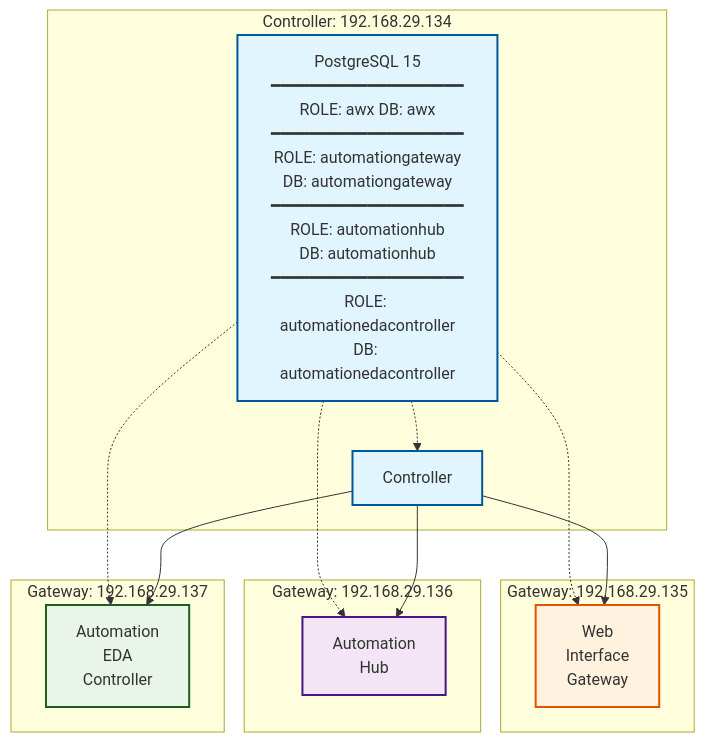
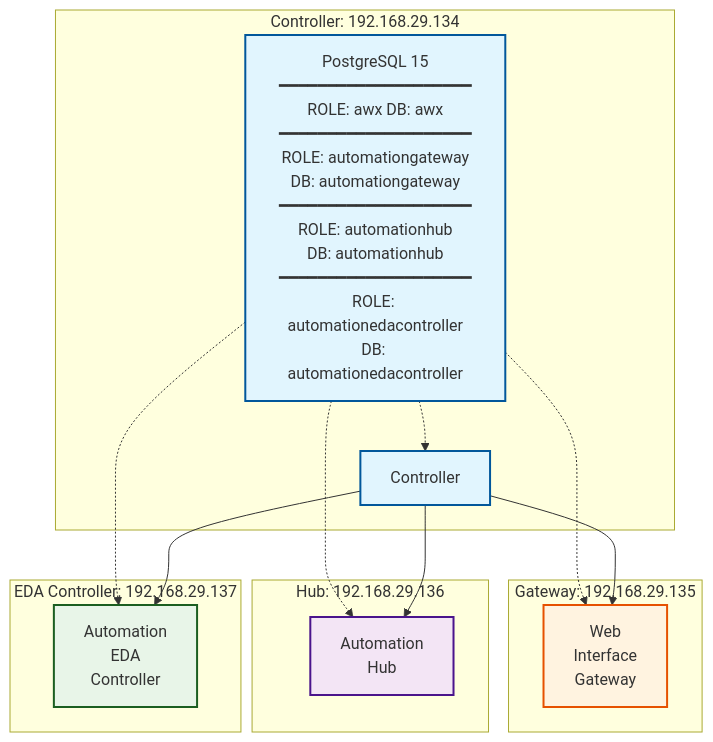
Before and after one commit to naveen11051990/vfm: the diagram in README.md, drawn with Mermaid. The commit also changed 2 other files, not shown here.

Commit message:
feat: implemented v1 reporting

````diff
--- a/README.md
+++ b/README.md
@@ -111,39 +111,39 @@
 ```mermaid
 graph TB
     subgraph "Controller: 192.168.29.134"
         PGSQL["PostgreSQL 15<br/>━━━━━━━━━━━━━━━━━━━━<br/>ROLE: awx DB: awx<br/>━━━━━━━━━━━━━━━━━━━━<br/>ROLE: automationgateway<br/>DB: automationgateway<br/>━━━━━━━━━━━━━━━━━━━━<br/>ROLE: automationhub<br/>DB: automationhub<br/>━━━━━━━━━━━━━━━━━━━━<br/>ROLE: automationedacontroller<br/>DB: automationedacontroller"]
         CTRL["Controller"]
     end
 
     subgraph "Gateway: 192.168.29.135"
         WIG["Web<br/>Interface<br/>Gateway"]
     end
 
-    subgraph "Gateway: 192.168.29.136"
+    subgraph "Hub: 192.168.29.136"
         HUB["Automation<br/>Hub"]
     end
 
-    subgraph "Gateway: 192.168.29.137"
+    subgraph "EDA Controller: 192.168.29.137"
         EDA["Automation<br/>EDA<br/>Controller"]
     end
 
     PGSQL -.-> CTRL
     PGSQL -.-> WIG
     PGSQL -.-> HUB
     PGSQL -.-> EDA
 
     CTRL --> WIG
     CTRL --> HUB
     CTRL --> EDA
 
     classDef controllerBox fill:#e1f5fe,stroke:#01579b,stroke-width:2px
     classDef gatewayBox fill:#fff3e0,stroke:#e65100,stroke-width:2px
     classDef hubBox fill:#f3e5f5,stroke:#4a148c,stroke-width:2px
     classDef edaBox fill:#e8f5e8,stroke:#1b5e20,stroke-width:2px
     classDef dbBox fill:#e3f2fd,stroke:#0d47a1,stroke-width:2px
 
     class CTRL,PGSQL controllerBox
     class WIG gatewayBox
     class HUB hubBox
     class EDA edaBox
 ```
````
